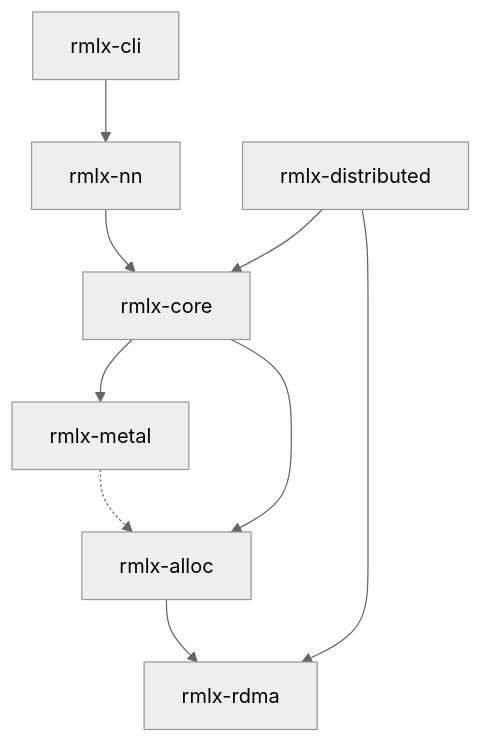
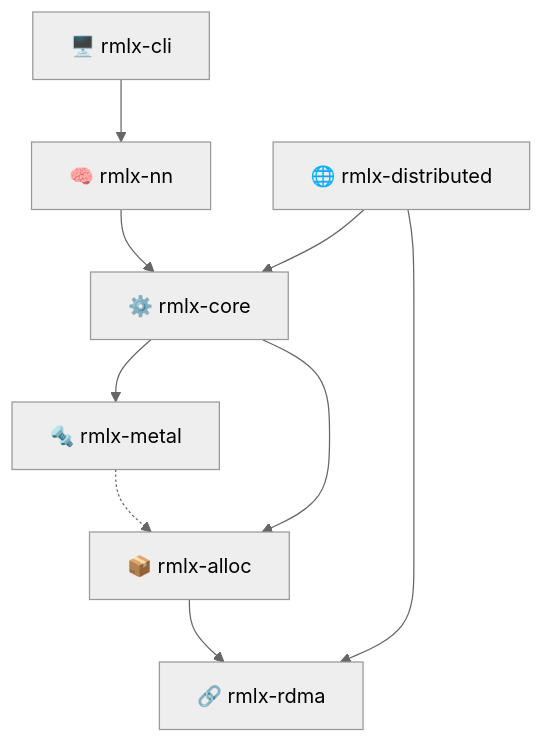
One commit to 0xDaizz/RMLX changed the diagram in README.md. Above: the diagram before and after it, drawn with Mermaid (neutral theme). The commit also changed other lines of this file and 6 other files, not shown here.

````diff
--- a/README.md
+++ b/README.md
@@ -95,19 +214,11 @@
 ```mermaid
 graph TD
-    NN[rmlx-nn]
-    CORE[rmlx-core]
-    DIST[rmlx-distributed]
-    METAL[rmlx-metal]
-    ALLOC[rmlx-alloc]
-    RDMA[rmlx-rdma]
-    CLI[rmlx-cli]
-
-    NN --> CORE
-    CORE --> METAL
-    CORE --> ALLOC
-    DIST --> CORE
-    DIST --> RDMA
+    CLI[🖥️ rmlx-cli] --> NN[🧠 rmlx-nn]
+    NN --> CORE[⚙️ rmlx-core]
+    CORE --> METAL[🔩 rmlx-metal]
+    CORE --> ALLOC[📦 rmlx-alloc]
+    DIST[🌐 rmlx-distributed] --> CORE
+    DIST --> RDMA[🔗 rmlx-rdma]
     ALLOC --> RDMA
     METAL -.-> ALLOC
-    CLI --> NN
 ```
````
